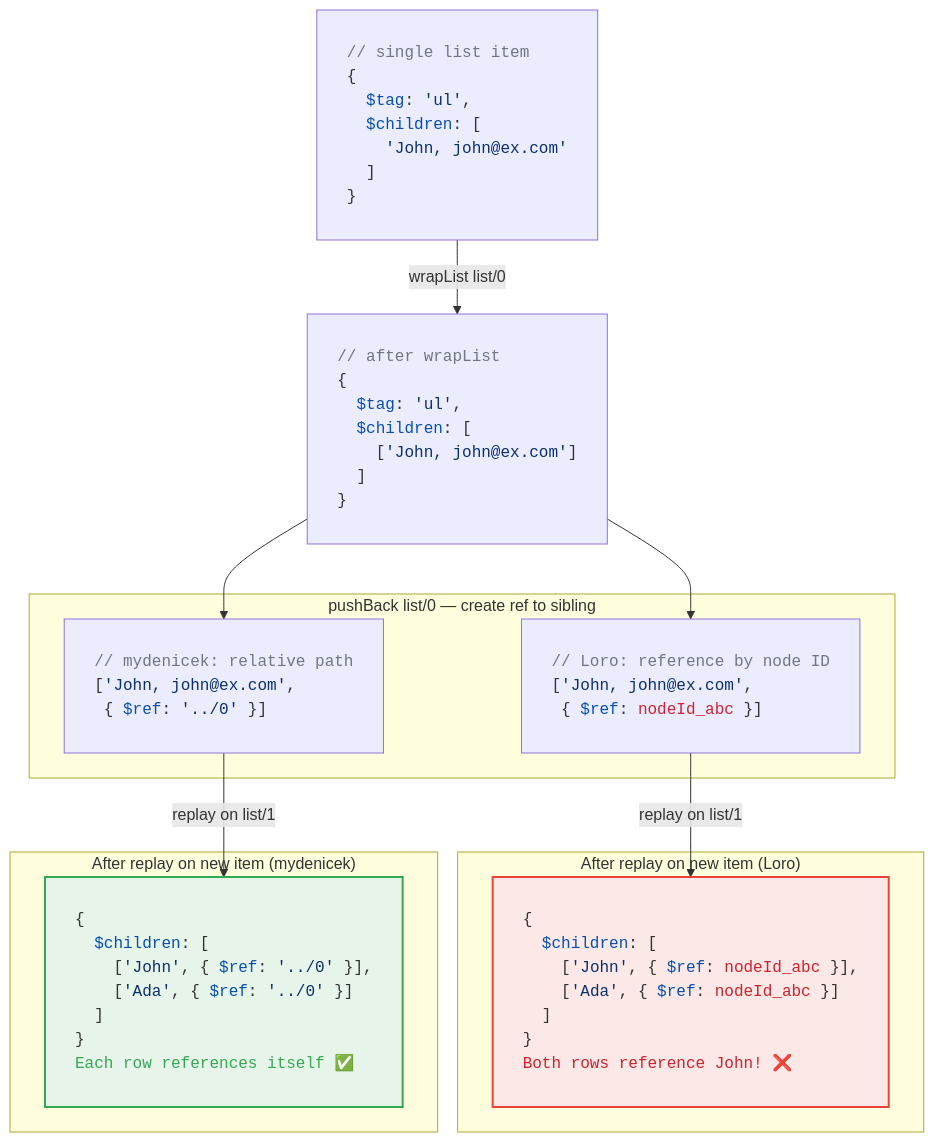
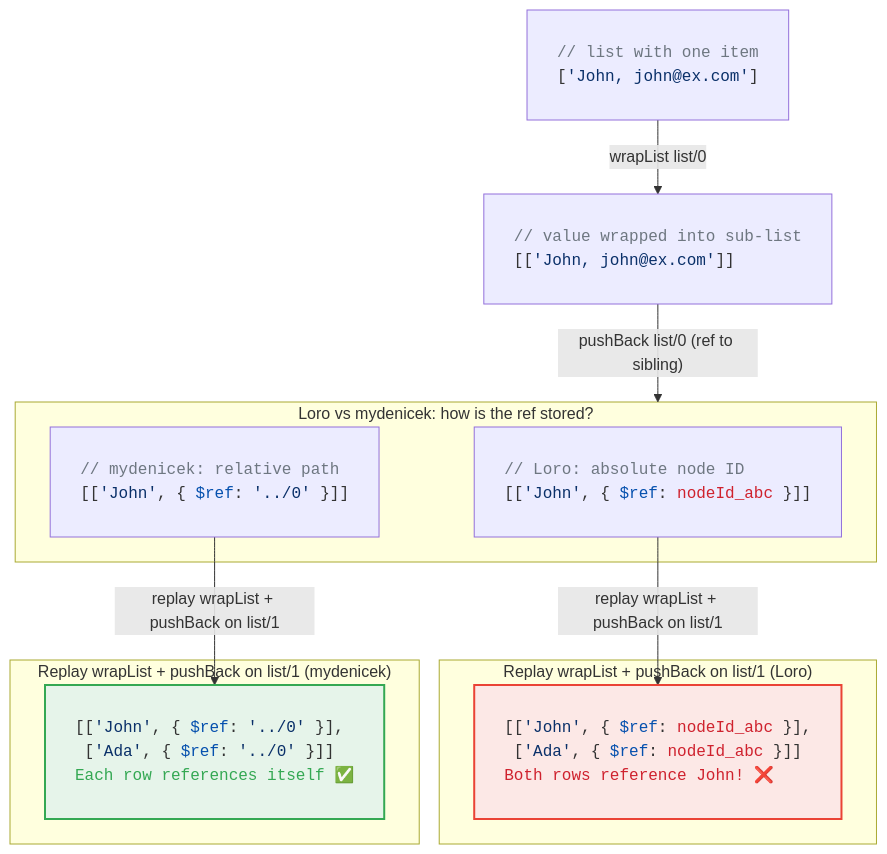
One commit to krsion/master-thesis changed the diagram in img/retargeting.mmd. Above: the diagram before and after it, drawn with Mermaid. The commit also changed 1 other file, not shown here.

Commit message:
Clean up retargeting diagram: remove tags, explicit replay labels
Simplified: no  clutter, pushBack outside yellow box, replay
arrows explicitly say 'replay wrapList + pushBack on list/1'.

```diff
--- a/img/retargeting.mmd
+++ b/img/retargeting.mmd
@@ -1,68 +1,48 @@
 %%{init: {'themeVariables': {'fontFamily': 'monospace'}}}%%
 graph TB
     S1["<pre style='text-align:left'>
-<span style='color:#6e7781'>// single list item</span>
-{
-  <span style='color:#0550ae'>$tag</span>: <span style='color:#0a3069'>'ul'</span>,
-  <span style='color:#0550ae'>$children</span>: [
-    <span style='color:#0a3069'>'John, john@ex.com'</span>
-  ]
-}
+<span style='color:#6e7781'>// list with one item</span>
+[<span style='color:#0a3069'>'John, john@ex.com'</span>]
 </pre>"]
+
     S2["<pre style='text-align:left'>
-<span style='color:#6e7781'>// after wrapList</span>
-{
-  <span style='color:#0550ae'>$tag</span>: <span style='color:#0a3069'>'ul'</span>,
-  <span style='color:#0550ae'>$children</span>: [
-    [<span style='color:#0a3069'>'John, john@ex.com'</span>]
-  ]
-}
+<span style='color:#6e7781'>// value wrapped into sub-list</span>
+[[<span style='color:#0a3069'>'John, john@ex.com'</span>]]
 </pre>"]
 
     S1 -- "wrapList list/0" --> S2
 
-    subgraph diverge["pushBack list/0 — create ref to sibling"]
+    subgraph diverge["Loro vs mydenicek: how is the ref stored?"]
         LORO["<pre style='text-align:left'>
-<span style='color:#6e7781'>// Loro: reference by node ID</span>
-[<span style='color:#0a3069'>'John, john@ex.com'</span>,
- { <span style='color:#0550ae'>$ref</span>: <span style='color:#cf222e'>nodeId_abc</span> }]
+<span style='color:#6e7781'>// Loro: absolute node ID</span>
+[[<span style='color:#0a3069'>'John'</span>, { <span style='color:#0550ae'>$ref</span>: <span style='color:#cf222e'>nodeId_abc</span> }]]
 </pre>"]
         CUSTOM["<pre style='text-align:left'>
 <span style='color:#6e7781'>// mydenicek: relative path</span>
-[<span style='color:#0a3069'>'John, john@ex.com'</span>,
- { <span style='color:#0550ae'>$ref</span>: <span style='color:#0a3069'>'../0'</span> }]
+[[<span style='color:#0a3069'>'John'</span>, { <span style='color:#0550ae'>$ref</span>: <span style='color:#0a3069'>'../0'</span> }]]
 </pre>"]
     end
 
-    S2 --> LORO
-    S2 --> CUSTOM
+    S2 -- "pushBack list/0 (ref to sibling)" --> diverge
 
-    subgraph replayLoro["After replay on new item (Loro)"]
+    subgraph replayLoro["Replay wrapList + pushBack on list/1 (Loro)"]
         RL["<pre style='text-align:left'>
-{
-  <span style='color:#0550ae'>$children</span>: [
-    [<span style='color:#0a3069'>'John'</span>, { <span style='color:#0550ae'>$ref</span>: <span style='color:#cf222e'>nodeId_abc</span> }],
-    [<span style='color:#0a3069'>'Ada'</span>, { <span style='color:#0550ae'>$ref</span>: <span style='color:#cf222e'>nodeId_abc</span> }]
-  ]
-}
+[[<span style='color:#0a3069'>'John'</span>, { <span style='color:#0550ae'>$ref</span>: <span style='color:#cf222e'>nodeId_abc</span> }],
+ [<span style='color:#0a3069'>'Ada'</span>, { <span style='color:#0550ae'>$ref</span>: <span style='color:#cf222e'>nodeId_abc</span> }]]
 <span style='color:#cf222e'>Both rows reference John! ❌</span>
 </pre>"]
     end
 
-    subgraph replayCustom["After replay on new item (mydenicek)"]
+    subgraph replayCustom["Replay wrapList + pushBack on list/1 (mydenicek)"]
         RC["<pre style='text-align:left'>
-{
-  <span style='color:#0550ae'>$children</span>: [
-    [<span style='color:#0a3069'>'John'</span>, { <span style='color:#0550ae'>$ref</span>: <span style='color:#0a3069'>'../0'</span> }],
-    [<span style='color:#0a3069'>'Ada'</span>, { <span style='color:#0550ae'>$ref</span>: <span style='color:#0a3069'>'../0'</span> }]
-  ]
-}
+[[<span style='color:#0a3069'>'John'</span>, { <span style='color:#0550ae'>$ref</span>: <span style='color:#0a3069'>'../0'</span> }],
+ [<span style='color:#0a3069'>'Ada'</span>, { <span style='color:#0550ae'>$ref</span>: <span style='color:#0a3069'>'../0'</span> }]]
 <span style='color:#34a853'>Each row references itself ✅</span>
 </pre>"]
     end
 
-    LORO -- "replay on list/1" --> RL
-    CUSTOM -- "replay on list/1" --> RC
+    LORO -- "replay wrapList + pushBack on list/1" --> RL
+    CUSTOM -- "replay wrapList + pushBack on list/1" --> RC
 
     style RL fill:#fce8e6,stroke:#ea4335,stroke-width:2px
     style RC fill:#e6f4ea,stroke:#34a853,stroke-width:2px
```
